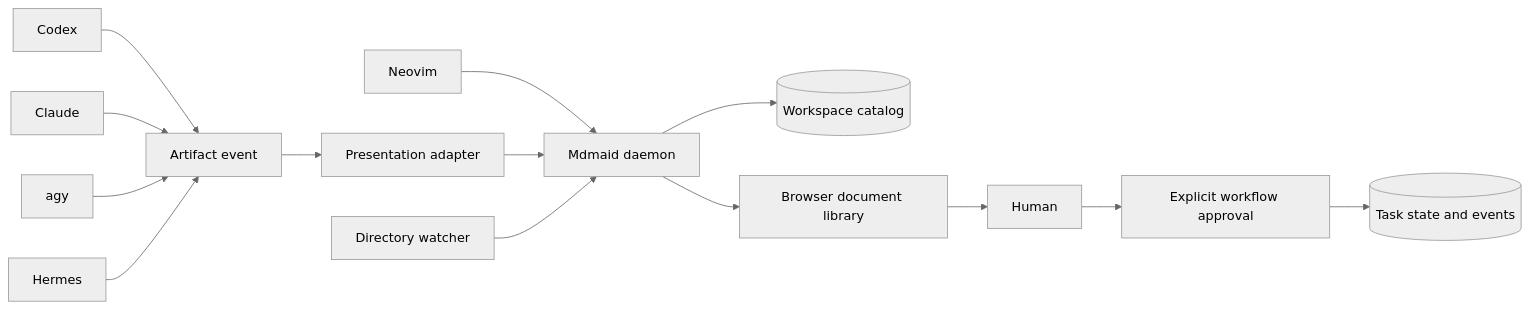
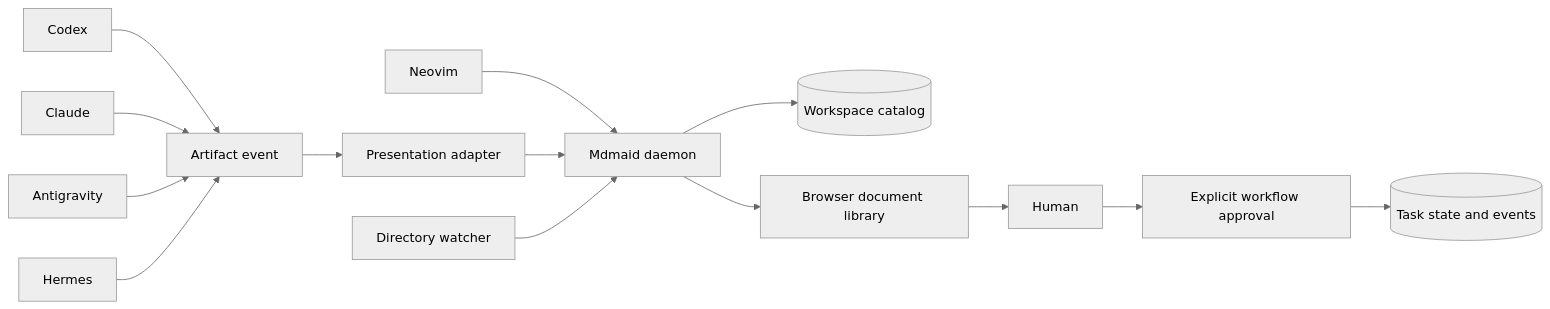
The diagram in docs/MDMAID-HUMAN-IN-THE-LOOP.md (riidii-md/agentnyk-maisternia), drawn with Mermaid (neutral theme) before and after one commit. The commit also changed other lines of this file and 72 other files, not shown here.

````diff
--- a/docs/MDMAID-HUMAN-IN-THE-LOOP.md
+++ b/docs/MDMAID-HUMAN-IN-THE-LOOP.md
@@ -114,16 +114,16 @@
 ```mermaid
 flowchart LR
     C[Codex] --> E[Artifact event]
     CL[Claude] --> E
-    A[agy] --> E
+    A[Antigravity] --> E
     H[Hermes] --> E
     N[Neovim] --> M
     E --> P[Presentation adapter]
     P --> M[Mdmaid daemon]
     W[Directory watcher] --> M
     M --> R[(Workspace catalog)]
     M --> B[Browser document library]
     B --> U[Human]
     U --> G[Explicit workflow approval]
     G --> S[(Task state and events)]
 ```
````
